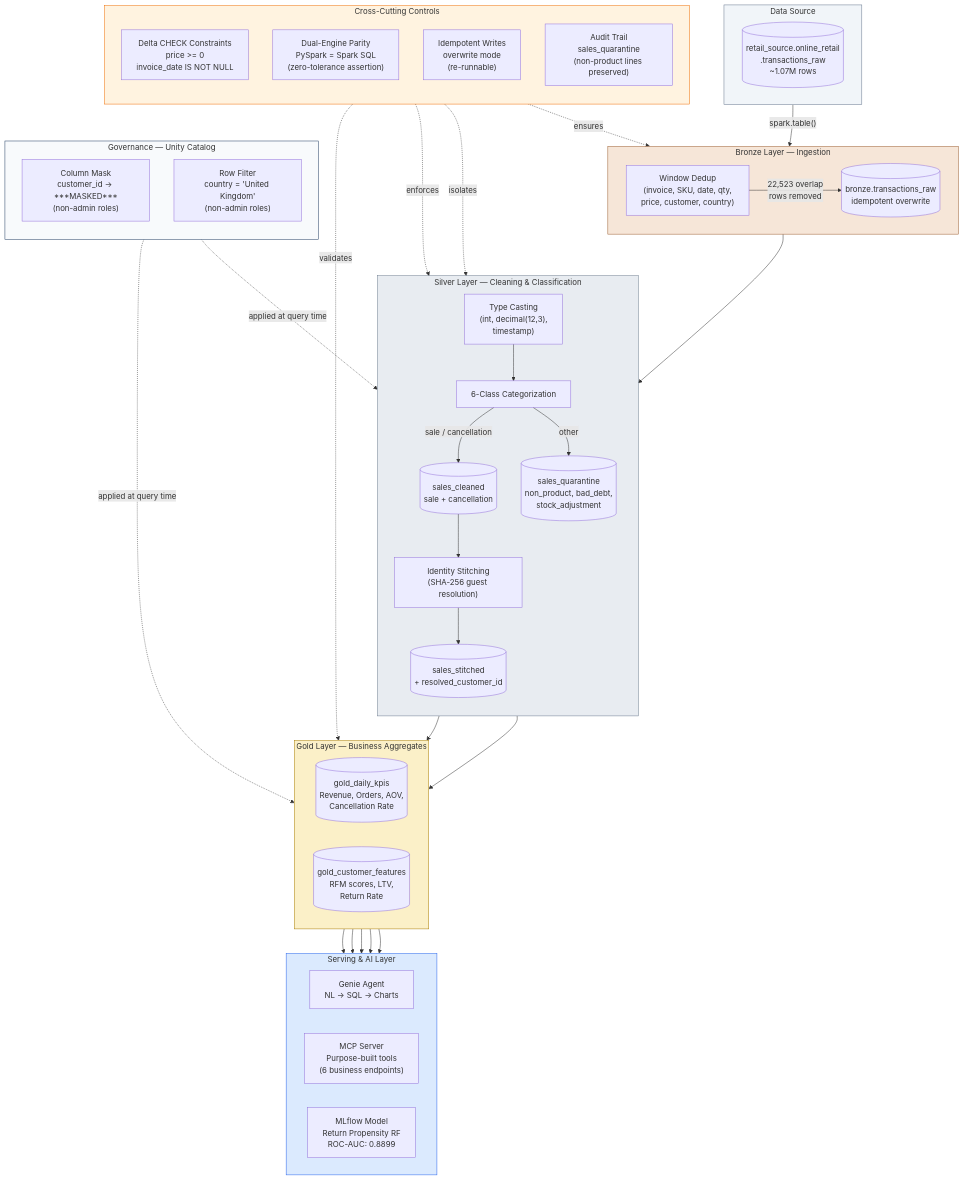
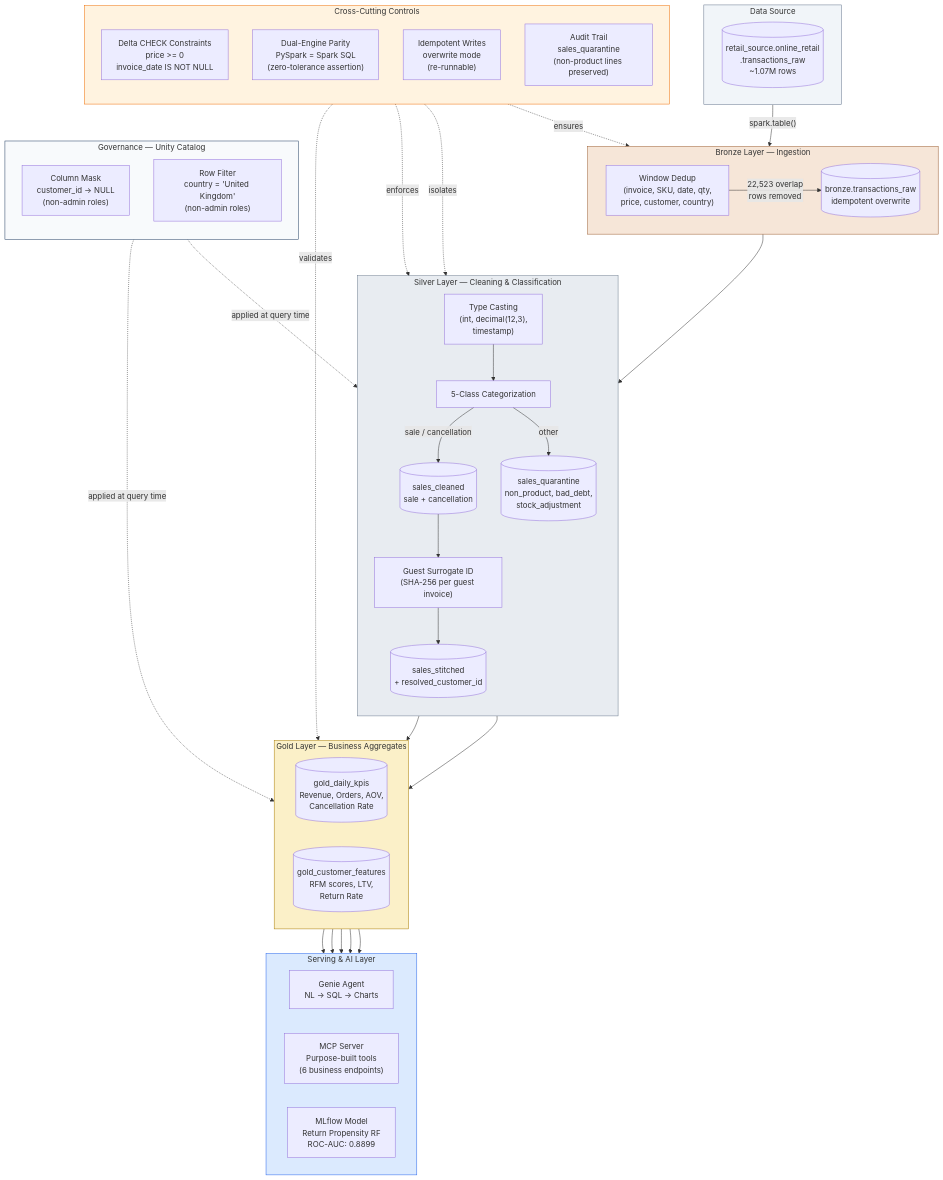
Before and after one commit to slysik/databricks-eda: the first of 3 diagrams in assets/architecture_diagram.md, drawn with Mermaid. The commit also changed other lines of this file and 18 other files, not shown here.

```diff
--- a/assets/architecture_diagram.md
+++ b/assets/architecture_diagram.md
@@ -26,10 +26,10 @@
     subgraph L2["Silver Layer — Cleaning & Classification"]
         direction TB
         S1["Type Casting<br/>(int, decimal(12,3),<br/>timestamp)"]
-        S2["6-Class Categorization"]
+        S2["5-Class Categorization"]
         S3A[("sales_cleaned<br/>sale + cancellation")]
         S3B[("sales_quarantine<br/>non_product, bad_debt,<br/>stock_adjustment")]
-        S4["Identity Stitching<br/>(SHA-256 guest resolution)"]
+        S4["Guest Surrogate ID<br/>(SHA-256 per guest invoice)"]
         S5[("sales_stitched<br/>+ resolved_customer_id")]
         B2 --> S1 --> S2
         S2 -->|"sale / cancellation"| S3A
@@ -47,7 +47,7 @@
 
     subgraph L4["Governance — Unity Catalog"]
         direction TB
-        UC1["Column Mask<br/>customer_id → ***MASKED***<br/>(non-admin roles)"]
+        UC1["Column Mask<br/>customer_id → NULL<br/>(non-admin roles)"]
         UC2["Row Filter<br/>country = 'United Kingdom'<br/>(non-admin roles)"]
     end
 
```
